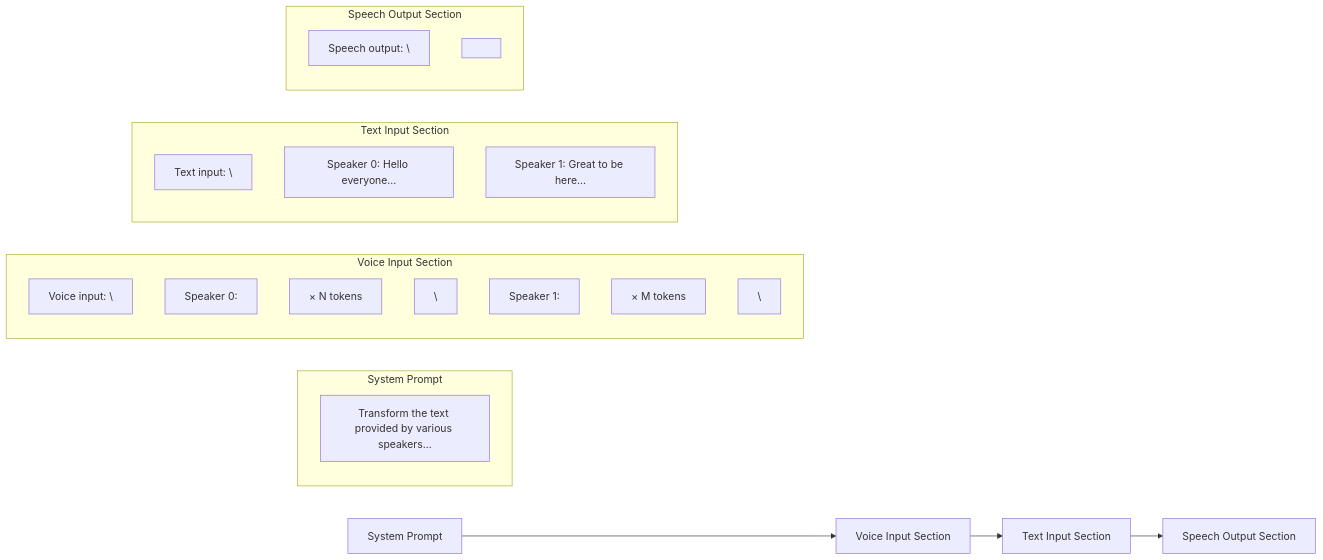
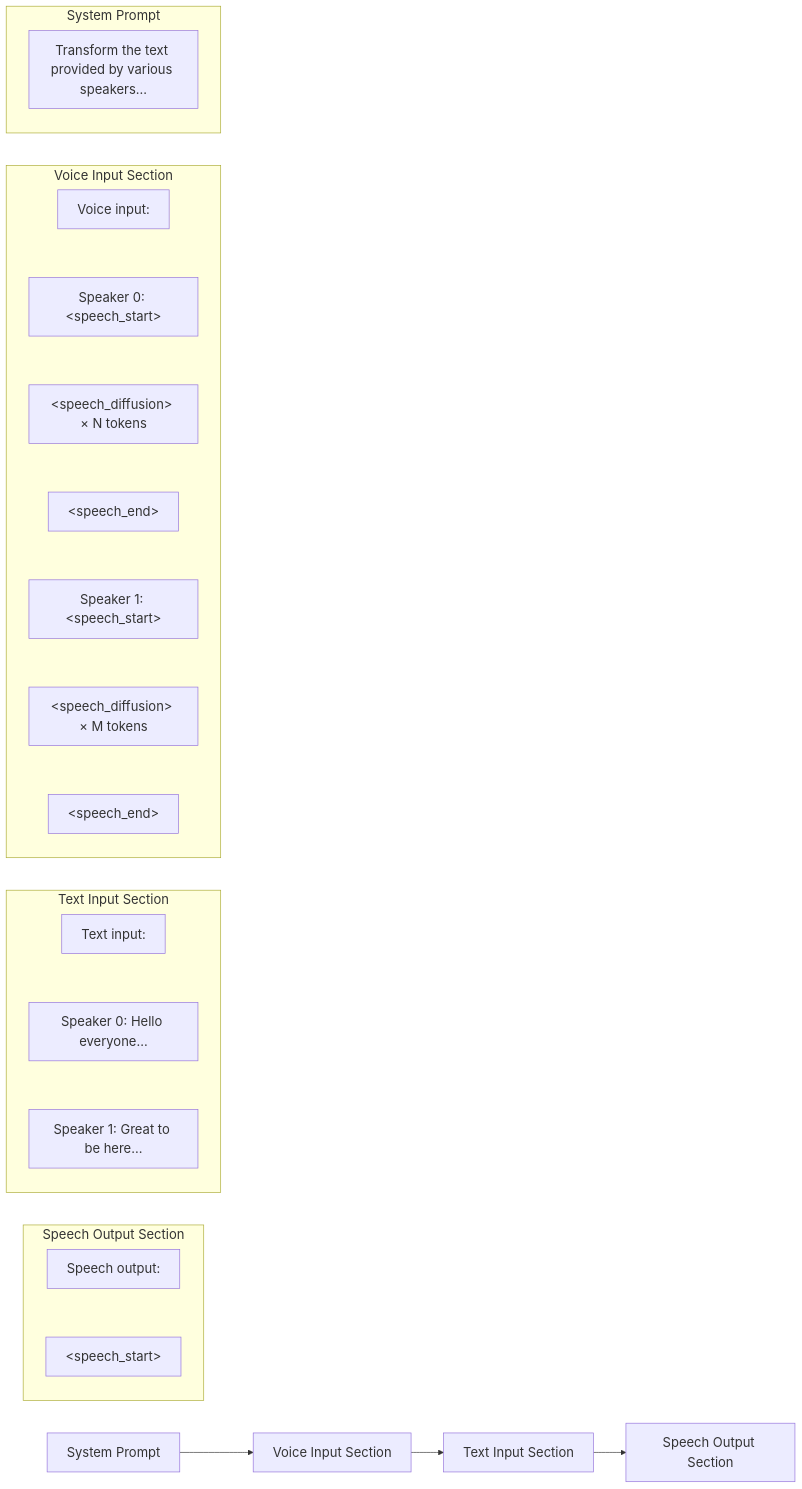
One commit to zhao-kun/vibevoice changed the second of 2 diagrams in docs/processor.md. Above: the diagram before and after it, drawn with Mermaid. The commit also changed 1 other file, not shown here.

Commit message:
Add processor docs

````diff
--- a/docs/processor.md
+++ b/docs/processor.md
@@ -121,31 +121,42 @@
 ```mermaid
-flowchart LR
+%%{init: { 'themeVariables': { 'fontSize': '20px' } } }%%
+flowchart LR 
     A[System Prompt] --> B[Voice Input Section]
     B --> C[Text Input Section]
     C --> D[Speech Output Section]
-    
+
+    subgraph SO [Speech Output Section]
+        direction TB
+        SO1["Speech output: <br/>"]
+        SO2["&lt;speech_start&gt;"]
+        SO1 ~~~ SO2
+    end   
+
+    subgraph TI [Text Input Section]
+        direction TB
+        TI1["Text input: <br/>"]
+        TI2["Speaker 0: Hello everyone..."]
+        TI3["Speaker 1: Great to be here..."]
+        TI1 ~~~ TI2 ~~~ TI3
+    end
+
+
+    subgraph VI [Voice Input Section]
+        direction TB
+        VI1["Voice input: <br/>"]
+        VI2["Speaker 0: &lt;speech_start&gt;"]
+        VI3["&lt;speech_diffusion&gt; × N tokens"]
+        VI4["&lt;speech_end&gt;<br/>"]
+        VI5["Speaker 1: &lt;speech_start&gt;"]
+        VI6["&lt;speech_diffusion&gt; × M tokens"]
+        VI7["&lt;speech_end&gt; <br/>"]
+        VI1 ~~~ VI2 ~~~ VI3 ~~~ VI4 ~~~ VI5 ~~~ VI6 ~~~ VI7
+    end
+
     subgraph SP [System Prompt]
+        direction TB
         SP1["Transform the text provided by various speakers..."]
     end
 
-    subgraph VI [Voice Input Section]
-        VI1["Voice input: \\n"]
-        VI2["Speaker 0: <speech_start>"]
-        VI3["<speech_diffusion> × N tokens"]
-        VI4["<speech_end> \\n"]
-        VI5["Speaker 1: <speech_start>"]
-        VI6["<speech_diffusion> × M tokens"]
-        VI7["<speech_end> \\n"]
-    end
 
-    subgraph TI [Text Input Section]
-        TI1["Text input: \\n"]
-        TI2["Speaker 0: Hello everyone..."]
-        TI3["Speaker 1: Great to be here..."]
-    end
-
-    subgraph SO [Speech Output Section]
-        SO1["Speech output: \\n"]
-        SO2["<speech_start>"]
-    end 
 ```
````
